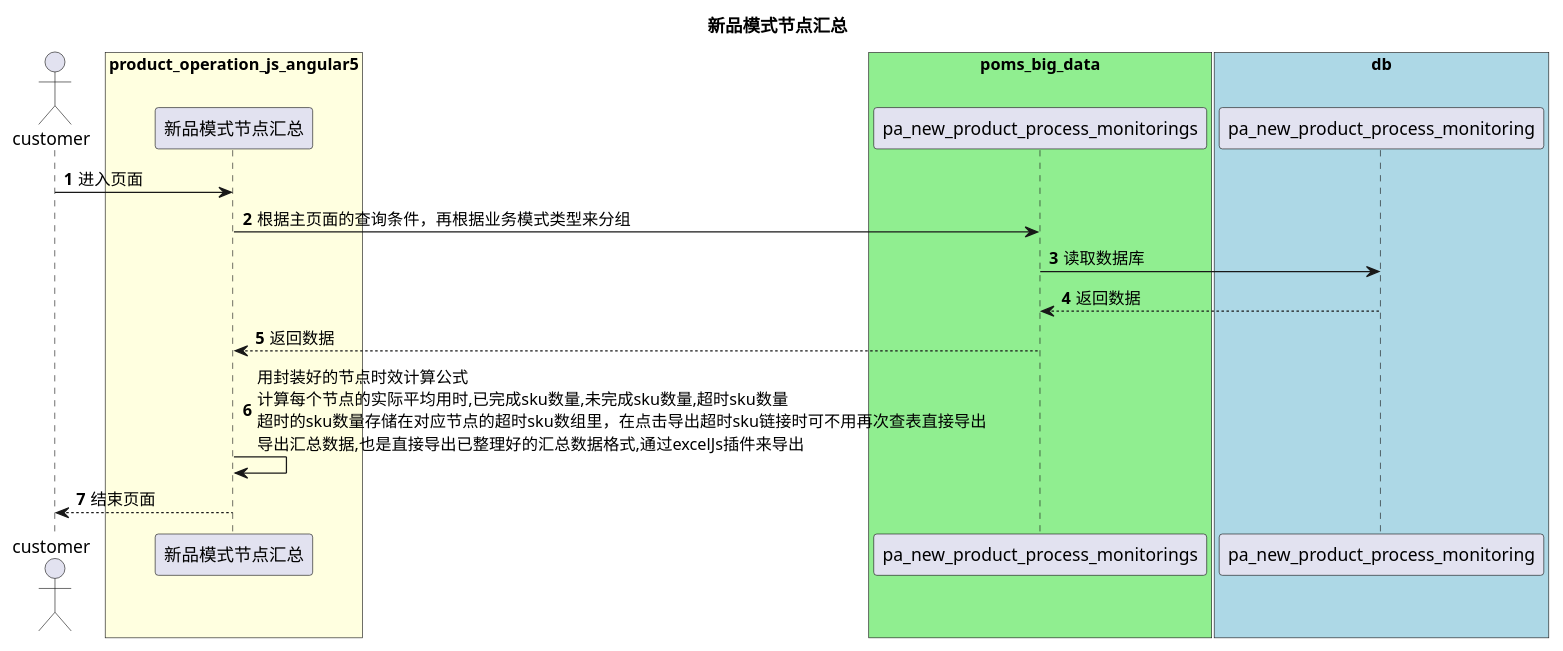
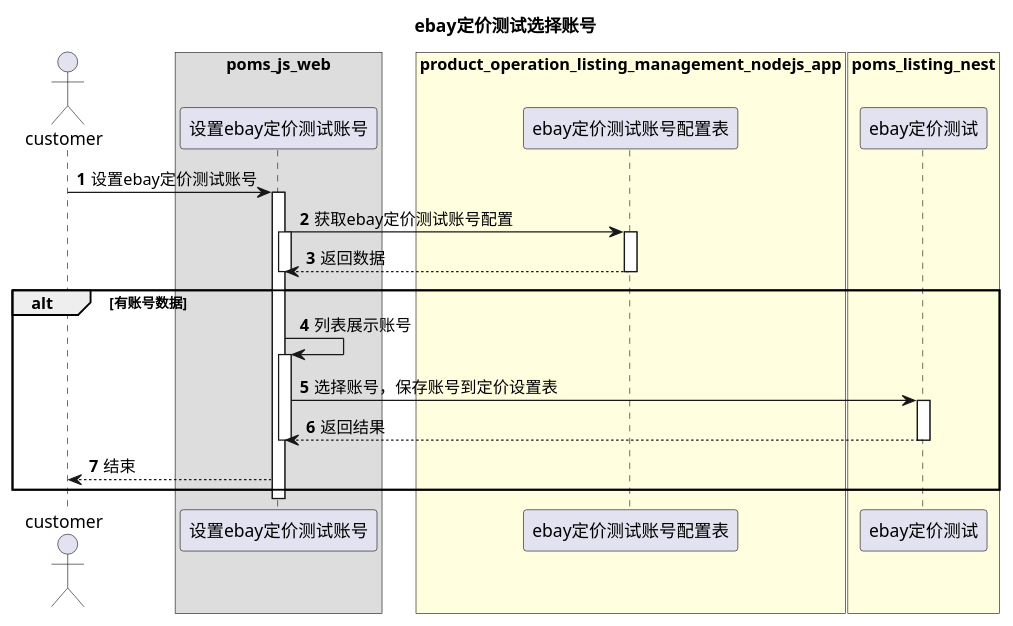
The diagram in uml/xpmsjd.puml (shallowdream1997/ShallowDream-LeetCode-PHP), drawn with PlantUML before and after one commit. The commit also changed 6 other files, not shown here.

```diff
--- a/uml/xpmsjd.puml
+++ b/uml/xpmsjd.puml
@@ -1,28 +1,39 @@
 @startuml
-title 新品模式节点汇总
+title ebay定价测试选择账号
 autonumber
-
 actor "customer" as customer
 
-
-box "product_operation_js_angular5" #lightYellow
-participant "新品模式节点汇总" as t1
+box "poms_js_web"
+participant "设置ebay定价测试账号" as t1
 end box
 
-box "poms_big_data" #lightGreen
-participant "pa_new_product_process_monitorings" as t2
+box "product_operation_listing_management_nodejs_app" #lightYellow
+participant "ebay定价测试账号配置表" as t2
 end box
 
-box "db" #lightBlue
-participant "pa_new_product_process_monitoring" as db
+box "poms_listing_nest" #lightYellow
+participant "ebay定价测试" as t3
 end box
 
-customer -> t1 : 进入页面
-t1 -> t2 : 根据主页面的查询条件，再根据业务模式类型来分组
-t2 -> db : 读取数据库
-db --> t2 : 返回数据
+customer -> t1 : 设置ebay定价测试账号
+activate t1
+
+t1 -> t2 : 获取ebay定价测试账号配置
+activate t1
+activate t2
 t2 --> t1 : 返回数据
-t1 -> t1 : 用封装好的节点时效计算公式\n计算每个节点的实际平均用时,已完成sku数量,未完成sku数量,超时sku数量\n超时的sku数量存储在对应节点的超时sku数组里，在点击导出超时sku链接时可不用再次查表直接导出\n导出汇总数据,也是直接导出已整理好的汇总数据格式,通过excelJs插件来导出
-t1 --> customer : 结束页面
 
+deactivate t1
+deactivate t2
+alt 有账号数据
+t1 -> t1 : 列表展示账号
+activate t1
+t1 -> t3 : 选择账号，保存账号到定价设置表
+activate t3
+t3 --> t1 : 返回结果
+deactivate t3
+deactivate t1
+t1 --> customer : 结束
+end
+deactivate t1
 @enduml
```
